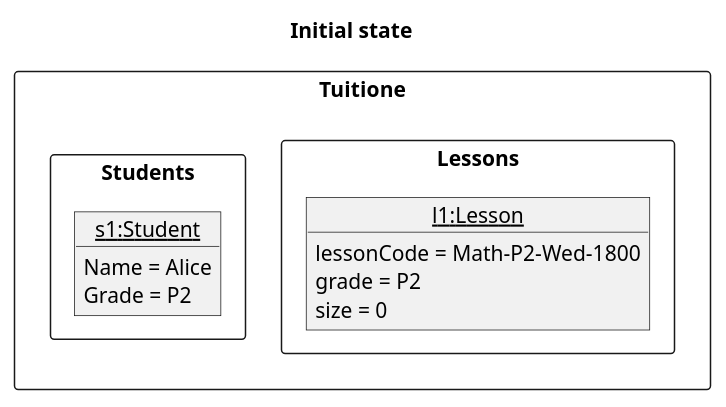
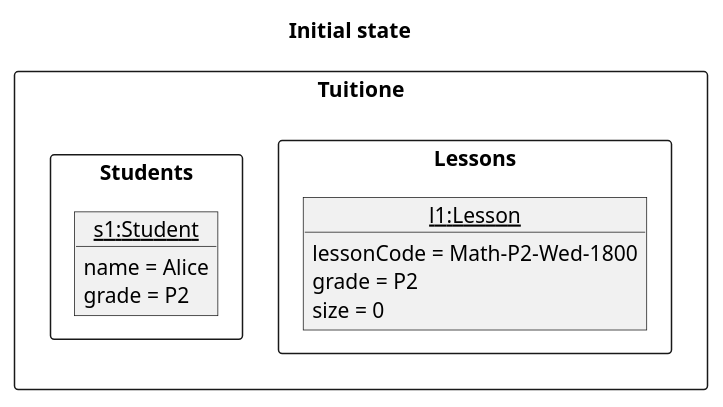
Before and after one commit to nus-cs2103-AY2122S1/tp: the diagram in docs/diagrams/EnrollLessonState0.puml, drawn with PlantUML. The commit also changed 3 other files, not shown here.

Commit message:
Changes to enroll lesson object diagrams

```diff
--- a/docs/diagrams/EnrollLessonState0.puml
+++ b/docs/diagrams/EnrollLessonState0.puml
@@ -1,21 +1,21 @@
 @startuml
 
 title Initial state
 
 package Tuitione <<rectangle>> {
     package Lessons <<rectangle>> {
         object "<u>l1:Lesson" as Lesson {
         lessonCode = Math-P2-Wed-1800
         grade = P2
         size = 0
         }
     }
     package Students <<rectangle>> {
         object "<u>s1:Student" as Student {
-        Name = Alice
-        Grade = P2
+        name = Alice
+        grade = P2
         }
     }
 }
 
 @end
```
